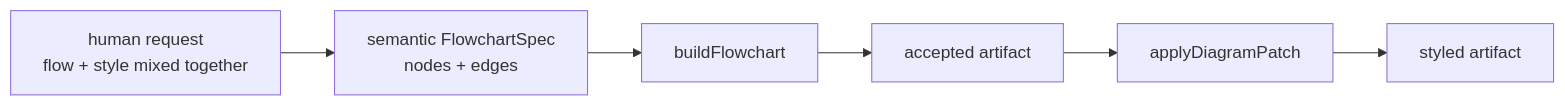
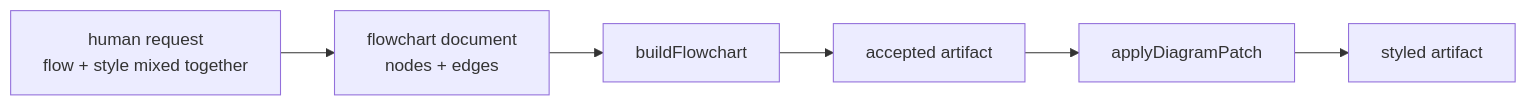
One commit to shpitdev/sketchi changed the sixth of 16 diagrams in docs/mcp-tool-catalog.md. Above: the diagram before and after it, drawn with Mermaid. The commit also changed other lines of this file and 94 other files, not shown here.

First line of the commit message:
feat(flowchart): build flowcharts from the flowchart document on MCP, the CLI and Studio (#706)

````diff
--- a/docs/mcp-tool-catalog.md
+++ b/docs/mcp-tool-catalog.md
@@ -310,15 +310,15 @@
 ```mermaid
 flowchart LR
   Request["human request<br/>flow + style mixed together"]
-  Spec["semantic FlowchartSpec<br/>nodes + edges"]
+  Spec["flowchart document<br/>nodes + edges"]
   Build["buildFlowchart"]
   Accepted["accepted artifact"]
   Patch["applyDiagramPatch"]
   Styled["styled artifact"]
 
   Request --> Spec
   Spec --> Build
   Build --> Accepted
   Accepted --> Patch
   Patch --> Styled
 ```
````
